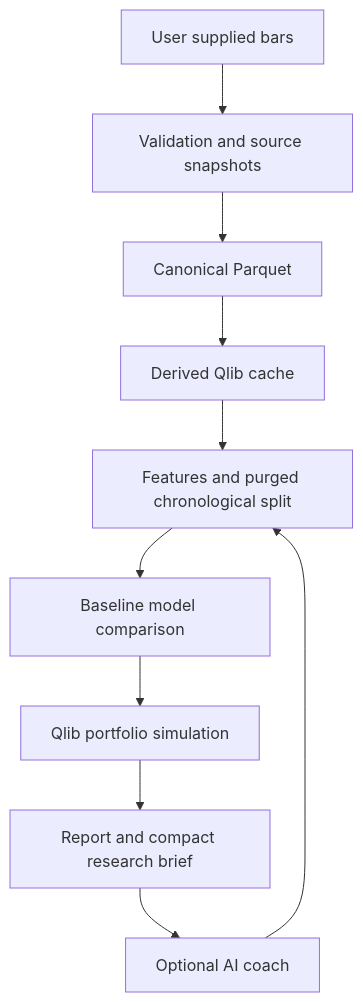
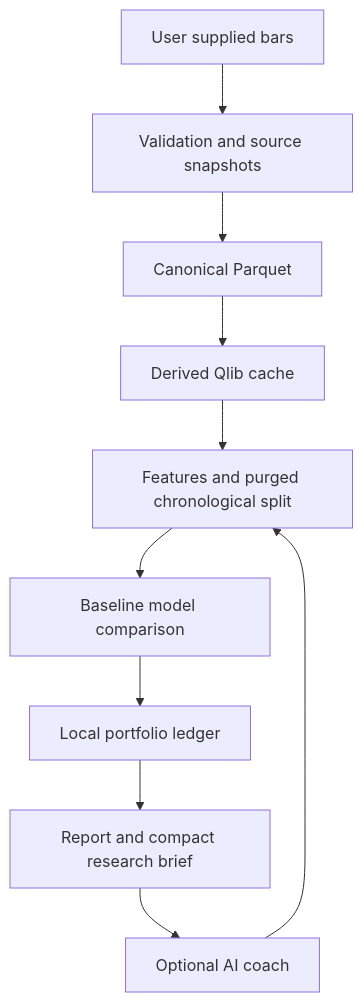
Before and after one commit to maheshwaripn/Indian_Quant: the diagram in docs/architecture.md, drawn with Mermaid. The commit also changed other lines of this file and 23 other files, not shown here.

````diff
--- a/docs/architecture.md
+++ b/docs/architecture.md
@@ -5,12 +5,12 @@
 ```mermaid
 flowchart TD
     A[User supplied bars] --> B[Validation and source snapshots]
     B --> C[Canonical Parquet]
     C --> D[Derived Qlib cache]
     D --> E[Features and purged chronological split]
     E --> F[Baseline model comparison]
-    F --> G[Qlib portfolio simulation]
+    F --> G[Local portfolio ledger]
     G --> H[Report and compact research brief]
     I[Optional AI coach] --> E
     H --> I
 ```
````
